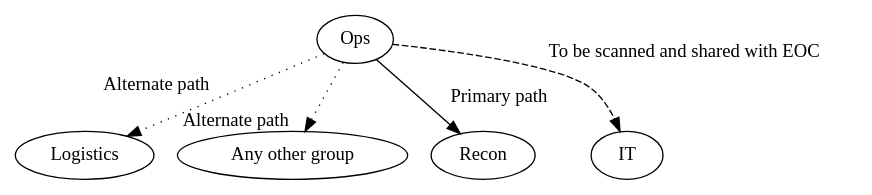
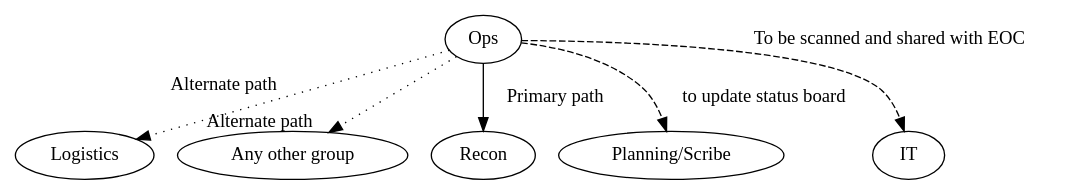
One commit to neilkatin/lahcert-ops-procedures changed the second of 4 diagrams in source/highlevel.rst. Above: the diagram before and after it, drawn with Graphviz. The commit also changed other lines of this file, not shown here.

```diff
--- a/source/highlevel.rst
+++ b/source/highlevel.rst
@@ -65,8 +62,9 @@
 .. graphviz::
 
     digraph {
       "Ops" -> "Logistics" [ style=dotted xlabel="Alternate path" ];
       "Ops" -> "Any other group" [ style=dotted headlabel="Alternate path" ];
       "Ops" -> "Recon" [ label=<&nbsp;    Primary path> ];
+      "Ops" -> "Planning/Scribe" [ style=dashed label="to update status board" ]
       "Ops" -> "IT" [ style=dashed xlabel="To be scanned and shared with EOC" ];
     }
```
